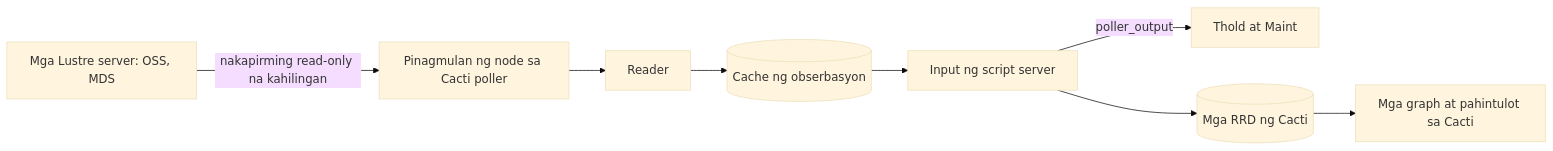
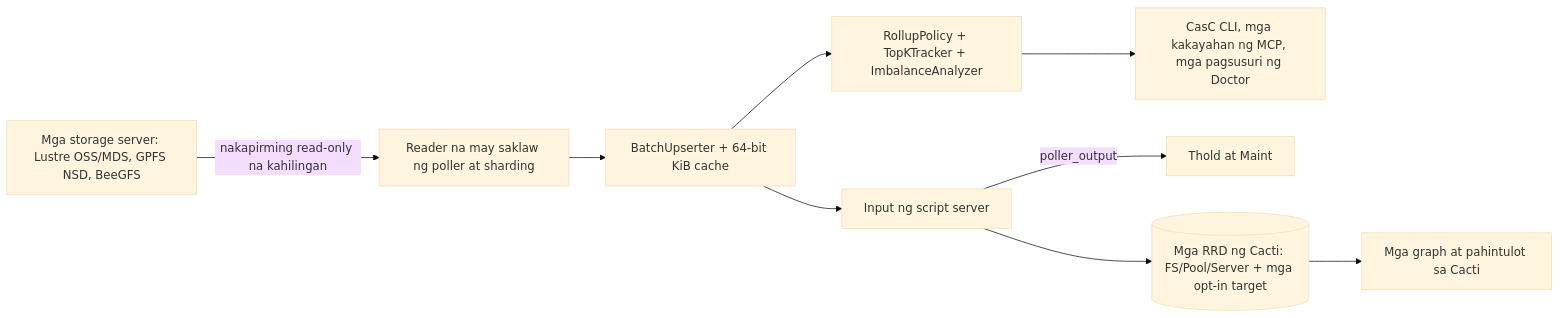
One commit to somethingwithproof/plugin_pfs changed the diagram in docs/i18n/fil-PH/README.md. Above: the diagram before and after it, drawn with Mermaid (base theme). The commit also changed other lines of this file and 47 other files, not shown here.

````diff
--- a/docs/i18n/fil-PH/README.md
+++ b/docs/i18n/fil-PH/README.md
@@ -72,10 +80,11 @@
 ```mermaid
 flowchart LR
-    N[Mga Lustre server: OSS, MDS] -->|nakapirming read-only na kahilingan| S[Pinagmulan ng node sa Cacti poller]
-    S --> R[Reader]
-    R --> C[(Cache ng obserbasyon)]
-    C --> SS[Input ng script server]
+    N[Mga storage server: Lustre OSS/MDS, GPFS NSD, BeeGFS] -->|nakapirming read-only na kahilingan| S[Reader na may saklaw ng poller at sharding]
+    S --> B[BatchUpserter + 64-bit KiB cache]
+    B --> R[RollupPolicy + TopKTracker + ImbalanceAnalyzer]
+    B --> SS[Input ng script server]
+    R --> ECO[CasC CLI, mga kakayahan ng MCP, mga pagsusuri ng Doctor]
     SS -->|poller_output| T[Thold at Maint]
-    SS --> RRD[(Mga RRD ng Cacti)]
+    SS --> RRD[(Mga RRD ng Cacti: FS/Pool/Server + mga opt-in target)]
     RRD --> G[Mga graph at pahintulot sa Cacti]
 ```
````
